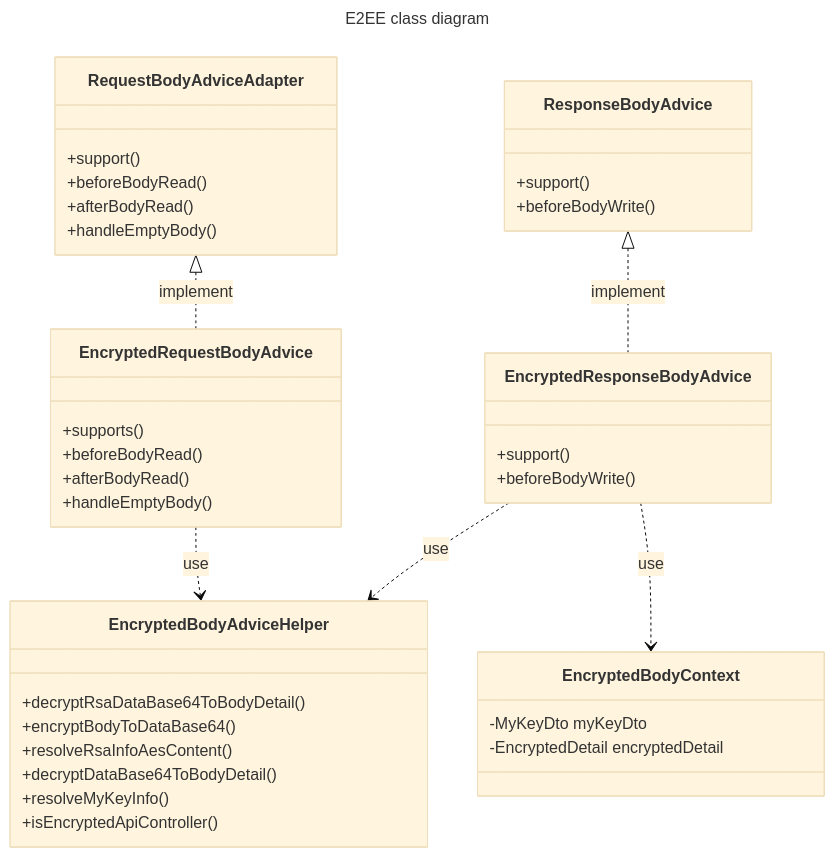
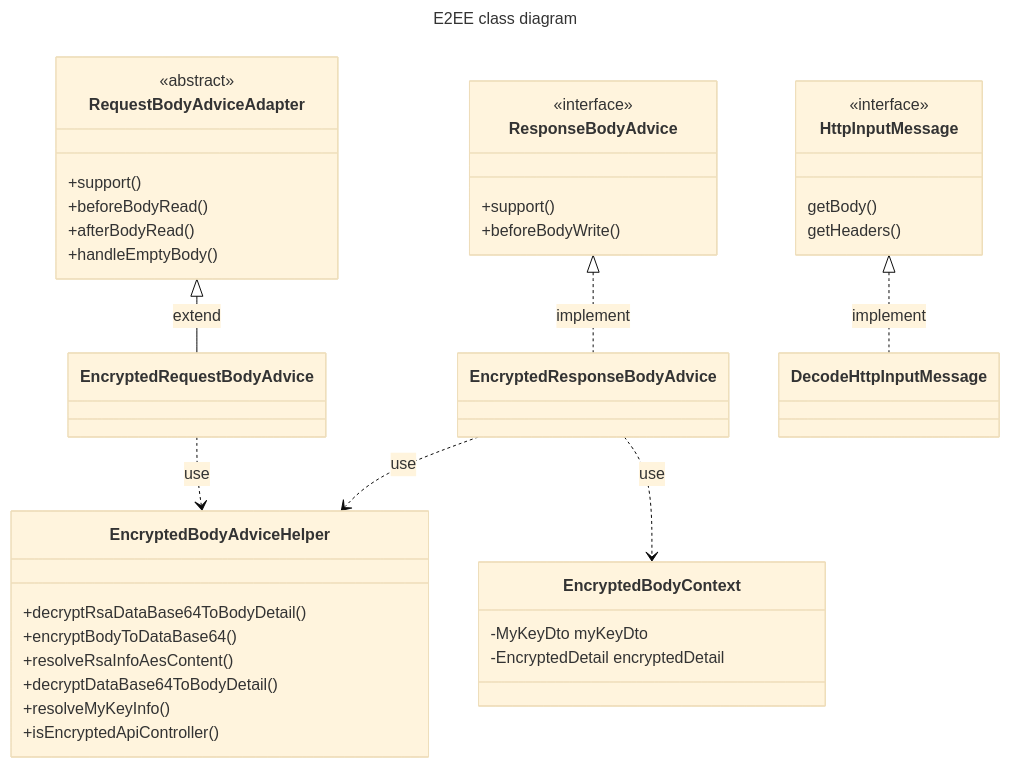
Before and after one commit to siukatech/poc-react-backend-core: the third of 4 diagrams in README.md, drawn with Mermaid (base theme). The commit also changed other lines of this file, not shown here.

Commit message:
add mermaid diagrams

````diff
--- a/README.md
+++ b/README.md
@@ -498,52 +511,60 @@
 ```mermaid
 ---
 title: E2EE class diagram
 ---
 classDiagram
-    RequestBodyAdviceAdapter <|.. EncryptedRequestBodyAdvice: implement
+    RequestBodyAdviceAdapter <|-- EncryptedRequestBodyAdvice: extend
     EncryptedRequestBodyAdvice ..> EncryptedBodyAdviceHelper: use
     ResponseBodyAdvice <|.. EncryptedResponseBodyAdvice: implement
     EncryptedResponseBodyAdvice ..> EncryptedBodyAdviceHelper: use
     EncryptedResponseBodyAdvice ..> EncryptedBodyContext: use
+    HttpInputMessage <|.. DecodeHttpInputMessage: implement
 
     class RequestBodyAdviceAdapter {
+        <<abstract>>
         +support()
         +beforeBodyRead()
         +afterBodyRead()
         +handleEmptyBody()
     }
     class EncryptedRequestBodyAdvice {
 %%        -EncryptedBodyContext encryptedBodyContext
 %%        -EncryptedBodyAdviceHelper encryptedBodyAdviceHelper
-        +supports()
-        +beforeBodyRead()
-        +afterBodyRead()
-        +handleEmptyBody()
+%%        +supports()
+%%        +beforeBodyRead()
+%%        +afterBodyRead()
+%%        +handleEmptyBody()
     }
     class ResponseBodyAdvice {
+        <<interface>>
         +support()
         +beforeBodyWrite()
     }
     class EncryptedResponseBodyAdvice {
 %%        -EncryptedBodyContext encryptedBodyContext
 %%        -EncryptedBodyAdviceHelper encryptedBodyAdviceHelper
-        +support()
-        +beforeBodyWrite()
+%%        +support()
+%%        +beforeBodyWrite()
     }
     class EncryptedBodyAdviceHelper {
 %%        -ObjectMapper objectMapper
 %%        -RestTemplate oauth2ClientRestTemplate
 %%        -ParentAppProp parentAppProp
         +decryptRsaDataBase64ToBodyDetail()
         +encryptBodyToDataBase64()
         +resolveRsaInfoAesContent()
         +decryptDataBase64ToBodyDetail()
         +resolveMyKeyInfo()
         +isEncryptedApiController()
     }
     class EncryptedBodyContext {
         -MyKeyDto myKeyDto
         -EncryptedDetail encryptedDetail
     }
+    class HttpInputMessage {
+        <<interface>>
+        getBody()
+        getHeaders()
+    }
 
 ```
````
